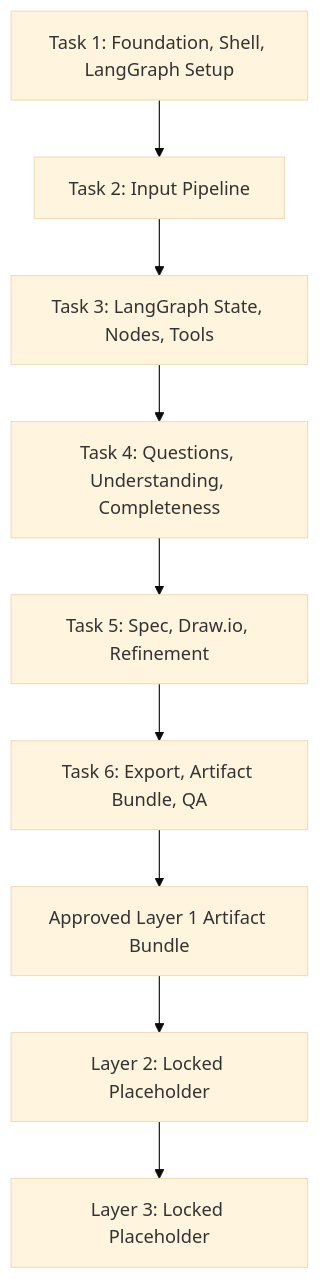
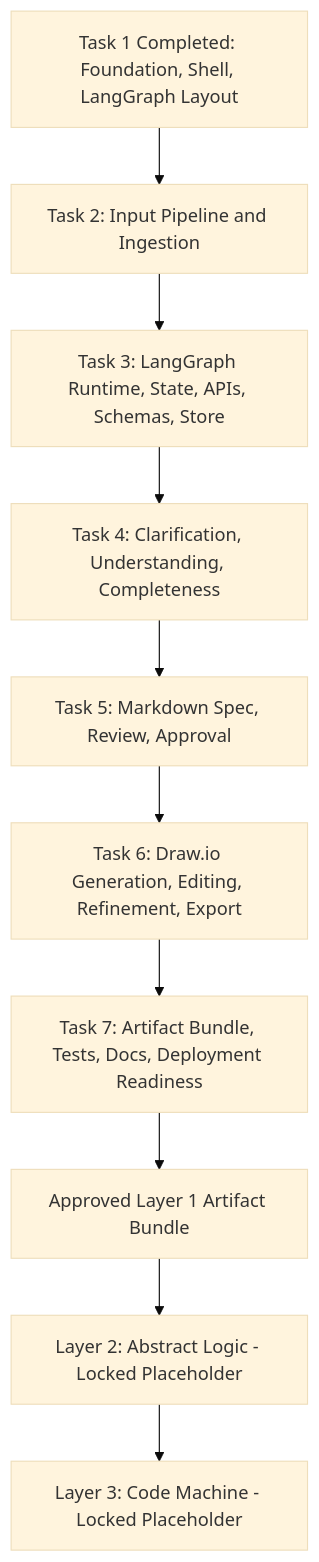
One commit to ProductMasterz/Mujarrad-Frontend changed diagram 18 of 19 in Docs/system-design-detailed-plan.md. Above: the diagram before and after it, drawn with Mermaid (base theme). The commit also changed other lines of this file, not shown here.

Commit message:
Update system design implementation task roadmap

````diff
--- a/Docs/system-design-detailed-plan.md
+++ b/Docs/system-design-detailed-plan.md
@@ -2213,19 +2229,21 @@
 ```mermaid
 flowchart TD
-    T1[Task 1: Foundation, Shell, LangGraph Setup]
-    T2[Task 2: Input Pipeline]
-    T3[Task 3: LangGraph State, Nodes, Tools]
-    T4[Task 4: Questions, Understanding, Completeness]
-    T5[Task 5: Spec, Draw.io, Refinement]
-    T6[Task 6: Export, Artifact Bundle, QA]
+    T1[Task 1 Completed: Foundation, Shell, LangGraph Layout]
+    T2[Task 2: Input Pipeline and Ingestion]
+    T3[Task 3: LangGraph Runtime, State, APIs, Schemas, Store]
+    T4[Task 4: Clarification, Understanding, Completeness]
+    T5[Task 5: Markdown Spec, Review, Approval]
+    T6[Task 6: Draw.io Generation, Editing, Refinement, Export]
+    T7[Task 7: Artifact Bundle, Tests, Docs, Deployment Readiness]
 
     T1 --> T2
     T2 --> T3
     T3 --> T4
     T4 --> T5
     T5 --> T6
+    T6 --> T7
 
-    T6 --> A[Approved Layer 1 Artifact Bundle]
-    A --> L2[Layer 2: Locked Placeholder]
-    L2 --> L3[Layer 3: Locked Placeholder]
+    T7 --> A[Approved Layer 1 Artifact Bundle]
+    A --> L2[Layer 2: Abstract Logic - Locked Placeholder]
+    L2 --> L3[Layer 3: Code Machine - Locked Placeholder]
 ```
````
